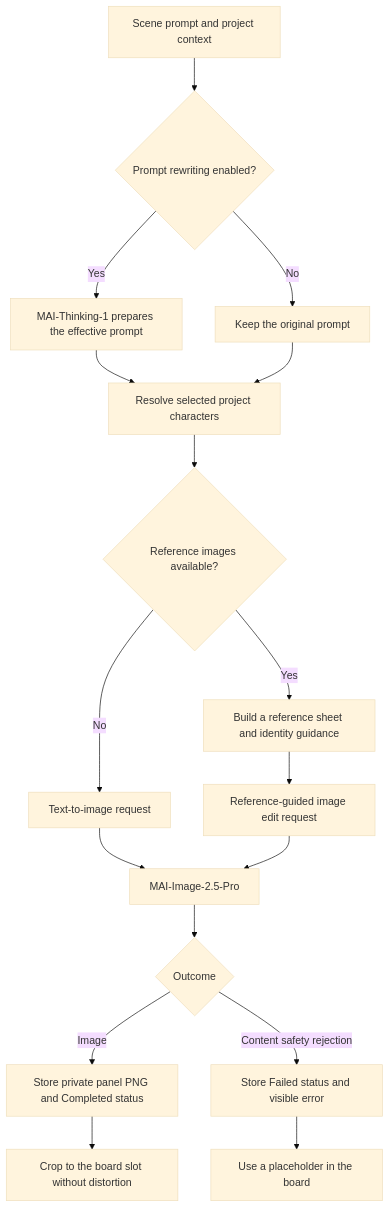
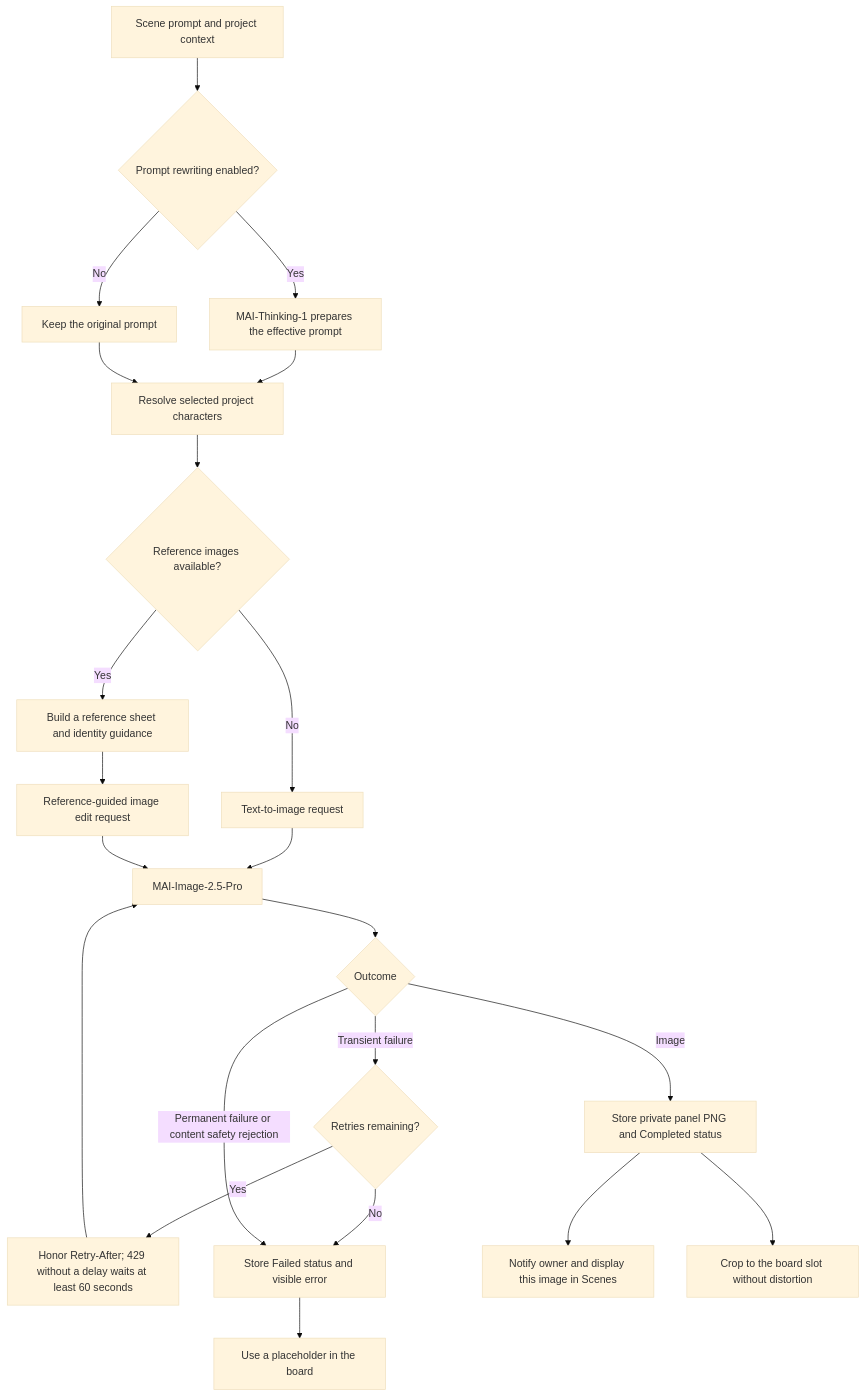
One commit to mathieumack/foundry-comics-mai changed the second of 3 diagrams in docs/functional-guide.md. Above: the diagram before and after it, drawn with Mermaid (base theme). The commit also changed other lines of this file and 60 other files, not shown here.

````diff
--- a/docs/functional-guide.md
+++ b/docs/functional-guide.md
@@ -79,19 +94,24 @@
 ```mermaid
 flowchart TD
     Input[Scene prompt and project context] --> Rewrite{Prompt rewriting enabled?}
     Rewrite -->|Yes| Thinking[MAI-Thinking-1 prepares the effective prompt]
     Rewrite -->|No| Original[Keep the original prompt]
     Thinking --> Characters[Resolve selected project characters]
     Original --> Characters
     Characters --> References{Reference images available?}
     References -->|Yes| Sheet[Build a reference sheet and identity guidance]
     References -->|No| TextImage[Text-to-image request]
     Sheet --> EditImage[Reference-guided image edit request]
     TextImage --> MAI[MAI-Image-2.5-Pro]
     EditImage --> MAI
     MAI --> Outcome{Outcome}
     Outcome -->|Image| Store[Store private panel PNG and Completed status]
-    Outcome -->|Content safety rejection| Error[Store Failed status and visible error]
+    Outcome -->|Transient failure| Retry{Retries remaining?}
+    Retry -->|Yes| Delay[Honor Retry-After; 429 without a delay waits at least 60 seconds]
+    Delay --> MAI
+    Retry -->|No| Error[Store Failed status and visible error]
+    Outcome -->|Permanent failure or content safety rejection| Error
+    Store --> Progress[Notify owner and display this image in Scenes]
     Store --> Board[Crop to the board slot without distortion]
     Error --> Blank[Use a placeholder in the board]
 ```
````
